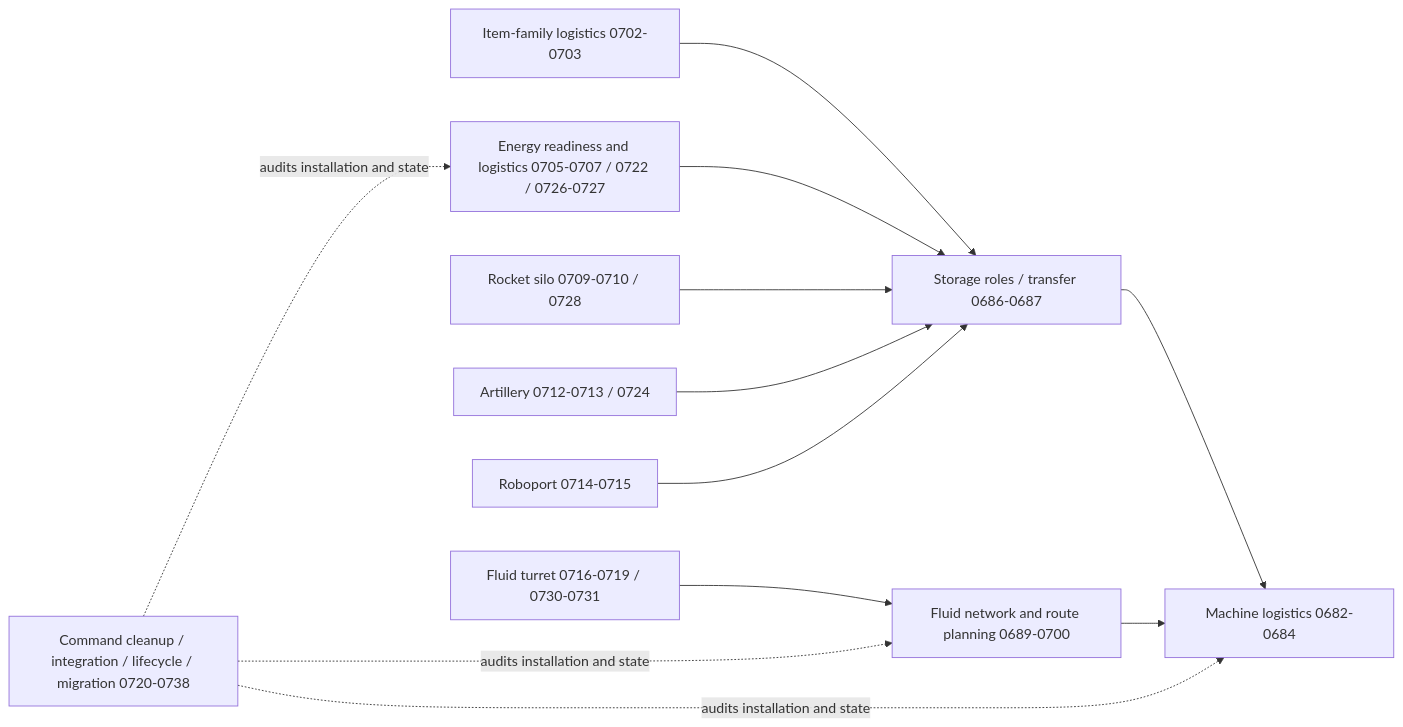
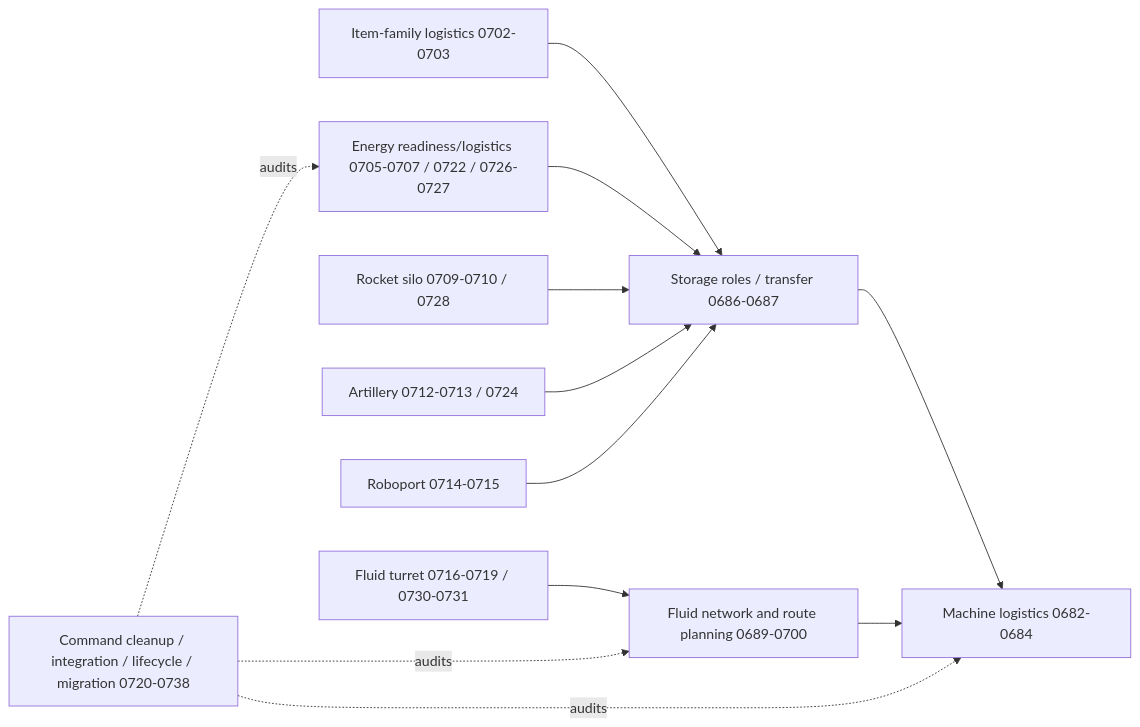
Before and after one commit to mrcalzon02/Tech-Priests: the sixth of 9 diagrams in docs/RECOVERY_AUTHORITY_MAP_CURRENT.md, drawn with Mermaid. The commit also changed other lines of this file, not shown here.

Commit message:
Map consecration lifecycle recovery

````diff
--- a/docs/RECOVERY_AUTHORITY_MAP_CURRENT.md
+++ b/docs/RECOVERY_AUTHORITY_MAP_CURRENT.md
@@ -141,25 +171,25 @@
 ```mermaid
 flowchart LR
     Machine[Machine logistics 0682-0684]
     Storage[Storage roles / transfer 0686-0687]
     Fluid[Fluid network and route planning 0689-0700]
     Item[Item-family logistics 0702-0703]
-    Energy[Energy readiness and logistics 0705-0707 / 0722 / 0726-0727]
+    Energy[Energy readiness/logistics 0705-0707 / 0722 / 0726-0727]
     Silo[Rocket silo 0709-0710 / 0728]
     Artillery[Artillery 0712-0713 / 0724]
     Roboport[Roboport 0714-0715]
     Turret[Fluid turret 0716-0719 / 0730-0731]
     Lifecycle[Command cleanup / integration / lifecycle / migration 0720-0738]
 
     Storage --> Machine
     Fluid --> Machine
     Item --> Storage
     Energy --> Storage
     Silo --> Storage
     Artillery --> Storage
     Roboport --> Storage
     Turret --> Fluid
-    Lifecycle -. audits installation and state .-> Machine
-    Lifecycle -. audits installation and state .-> Fluid
-    Lifecycle -. audits installation and state .-> Energy
+    Lifecycle -. audits .-> Machine
+    Lifecycle -. audits .-> Fluid
+    Lifecycle -. audits .-> Energy
 ```
````
